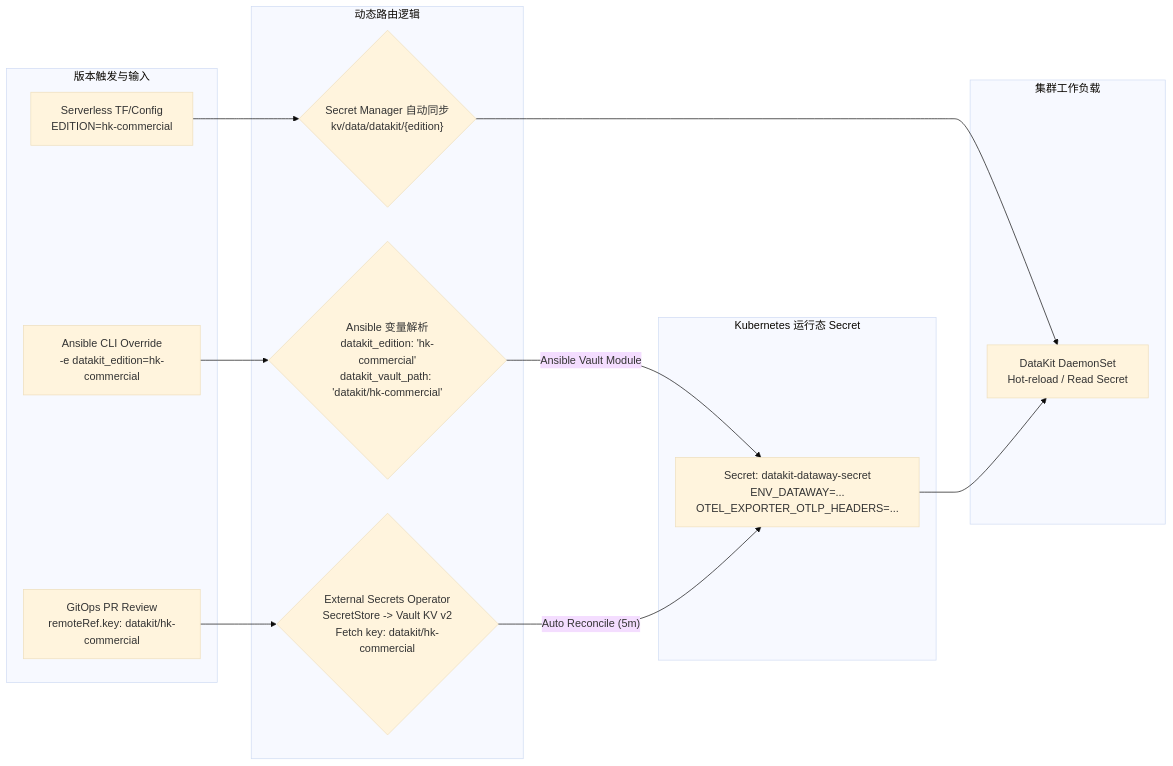
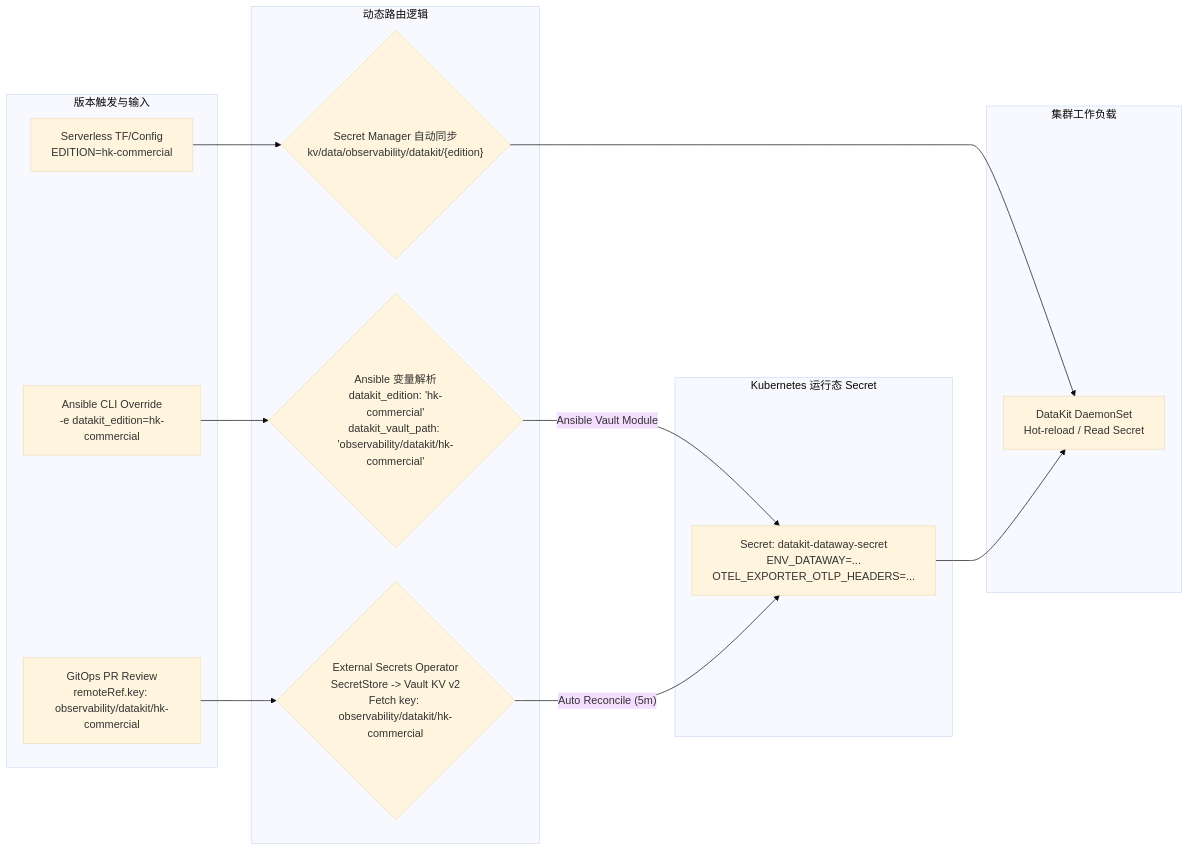
One commit to ai-workspace-services/knowledge changed the second of 3 diagrams in docs/reference/platform-delivery/observability/DataKit跨云可观测性与OpenTelemetry数据网关交付白皮书.md. Above: the diagram before and after it, drawn with Mermaid (base theme). The commit also changed other lines of this file and 1 other file, not shown here.

Commit message:
docs(observability): prefix datakit Vault KV paths with observability category namespace

````diff
--- a/docs/reference/platform-delivery/observability/DataKit跨云可观测性与OpenTelemetry数据网关交付白皮书.md
+++ b/docs/reference/platform-delivery/observability/DataKit跨云可观测性与OpenTelemetry数据网关交付白皮书.md
@@ -129,29 +133,29 @@
 ```mermaid
 flowchart LR
     subgraph Trigger ["版本触发与输入"]
         CLI["Ansible CLI Override<br/>-e datakit_edition=hk-commercial"]
-        GitPR["GitOps PR Review<br/>remoteRef.key: datakit/hk-commercial"]
+        GitPR["GitOps PR Review<br/>remoteRef.key: observability/datakit/hk-commercial"]
         EnvVar["Serverless TF/Config<br/>EDITION=hk-commercial"]
     end
 
     subgraph DynamicRouting ["动态路由逻辑"]
-        PlaybookLogic{"Ansible 变量解析<br/>datakit_edition: 'hk-commercial'<br/>datakit_vault_path: 'datakit/hk-commercial'"}
-        ESOEngine{"External Secrets Operator<br/>SecretStore -> Vault KV v2<br/>Fetch key: datakit/hk-commercial"}
-        GCPSecret{"Secret Manager 自动同步<br/>kv/data/datakit/{edition}"}
+        PlaybookLogic{"Ansible 变量解析<br/>datakit_edition: 'hk-commercial'<br/>datakit_vault_path: 'observability/datakit/hk-commercial'"}
+        ESOEngine{"External Secrets Operator<br/>SecretStore -> Vault KV v2<br/>Fetch key: observability/datakit/hk-commercial"}
+        GCPSecret{"Secret Manager 自动同步<br/>kv/data/observability/datakit/{edition}"}
     end
 
     subgraph K8sSecret ["Kubernetes 运行态 Secret"]
         K8sSecretTarget["Secret: datakit-dataway-secret<br/>ENV_DATAWAY=...<br/>OTEL_EXPORTER_OTLP_HEADERS=..."]
     end
 
     subgraph DaemonSets ["集群工作负载"]
         DKDaemonSet["DataKit DaemonSet<br/>Hot-reload / Read Secret"]
     end
 
     CLI --> PlaybookLogic
     PlaybookLogic -->|"Ansible Vault Module"| K8sSecretTarget
     GitPR --> ESOEngine
     ESOEngine -->|"Auto Reconcile (5m)"| K8sSecretTarget
     EnvVar --> GCPSecret --> DKDaemonSet
     K8sSecretTarget --> DKDaemonSet
 ```
````
